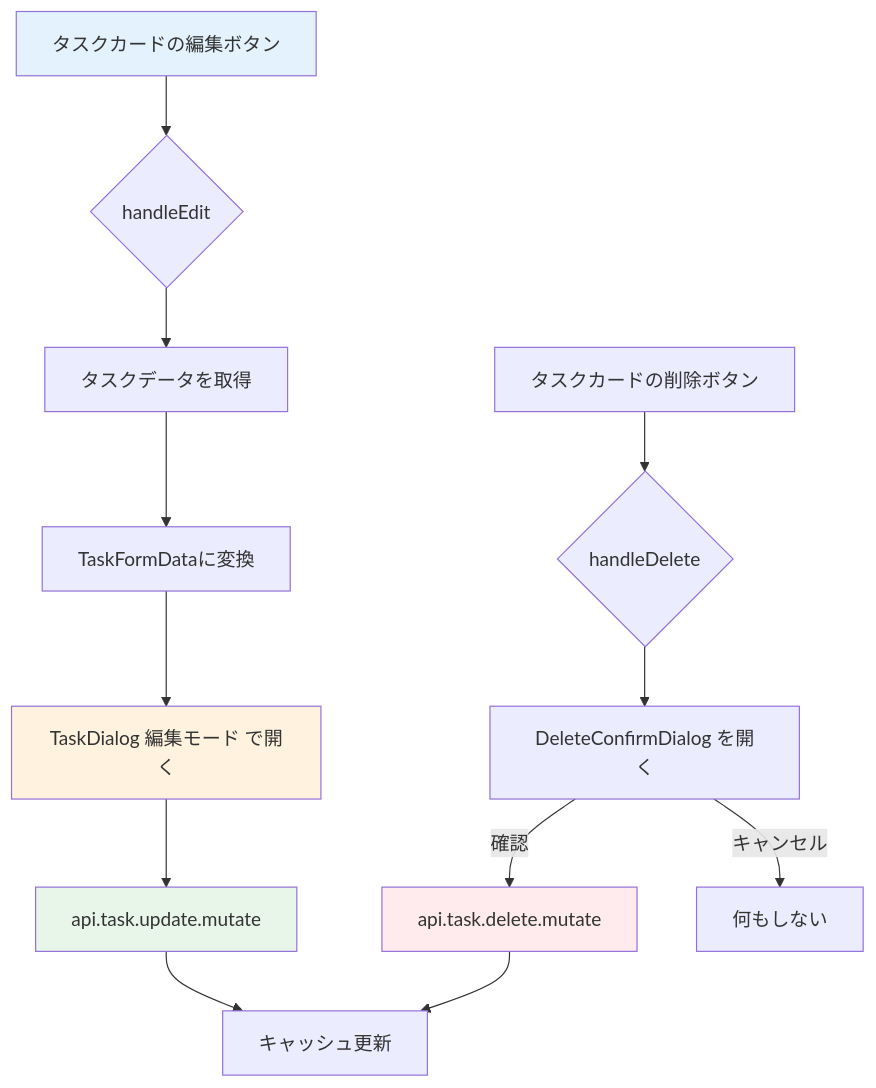
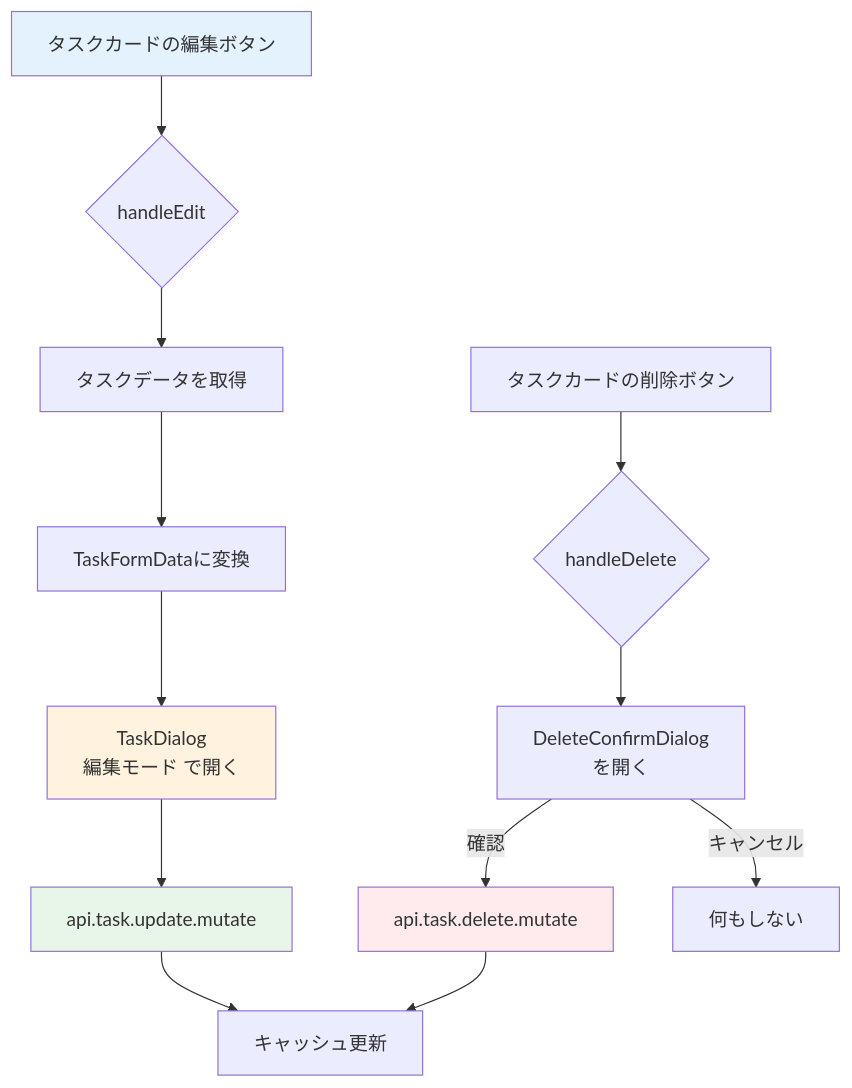
The first of 2 diagrams in material/30days-curriculum/day15_タスク編集・削除.md (kouiso/task-app), drawn with Mermaid before and after one commit. The commit also changed 24 other files, not shown here.

First line of the commit message:
fix(material): Mermaid 図のファイル名キャプションとノード途中折れを直す (#457) (#718)

````diff
--- a/material/30days-curriculum/day15_タスク編集・削除.md
+++ b/material/30days-curriculum/day15_タスク編集・削除.md
@@ -49,20 +49,20 @@
 ```mermaid
 flowchart TD
     A[タスクカードの編集ボタン] --> B{handleEdit}
     B --> C[タスクデータを取得]
     C --> D[TaskFormDataに変換]
-    D --> E[TaskDialog 編集モード で開く]
+    D --> E[TaskDialog<br/>編集モード で開く]
     E --> F[api.task.update.mutate]
     F --> G[キャッシュ更新]
 
     H[タスクカードの削除ボタン] --> I{handleDelete}
-    I --> J[DeleteConfirmDialog を開く]
+    I --> J[DeleteConfirmDialog<br/>を開く]
     J -->|確認| K[api.task.delete.mutate]
     J -->|キャンセル| L[何もしない]
     K --> G
 
     style A fill:#e3f2fd
     style E fill:#fff3e0
     style F fill:#e8f5e9
     style K fill:#ffebee
 ```
````
